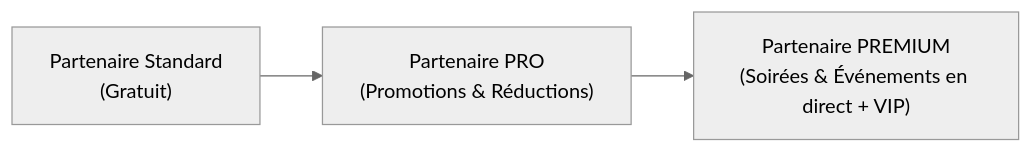
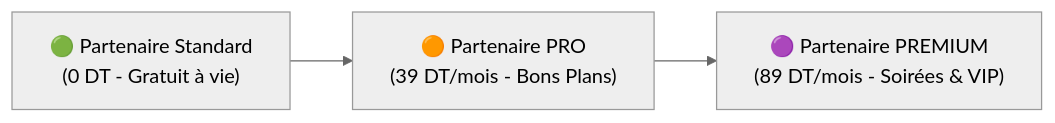
One commit to yessine-abdennadher/AT changed the first of 2 diagrams in docs/architecture_partenaire_tiers_et_flux_complet.md. Above: the diagram before and after it, drawn with Mermaid (neutral theme). The commit also changed other lines of this file and 160 other files, not shown here.

````diff
--- a/docs/architecture_partenaire_tiers_et_flux_complet.md
+++ b/docs/architecture_partenaire_tiers_et_flux_complet.md
@@ -7,5 +7,5 @@
 ```mermaid
 graph LR
-    A["Partenaire Standard\n(Gratuit)"] --> B["Partenaire PRO\n(Promotions & Réductions)"]
-    B --> C["Partenaire PREMIUM\n(Soirées & Événements en direct + VIP)"]
+    A["🟢 Partenaire Standard\n(0 DT - Gratuit à vie)"] --> B["🟠 Partenaire PRO\n(39 DT/mois - Bons Plans)"]
+    B --> C["🟣 Partenaire PREMIUM\n(89 DT/mois - Soirées & VIP)"]
 ```
````
